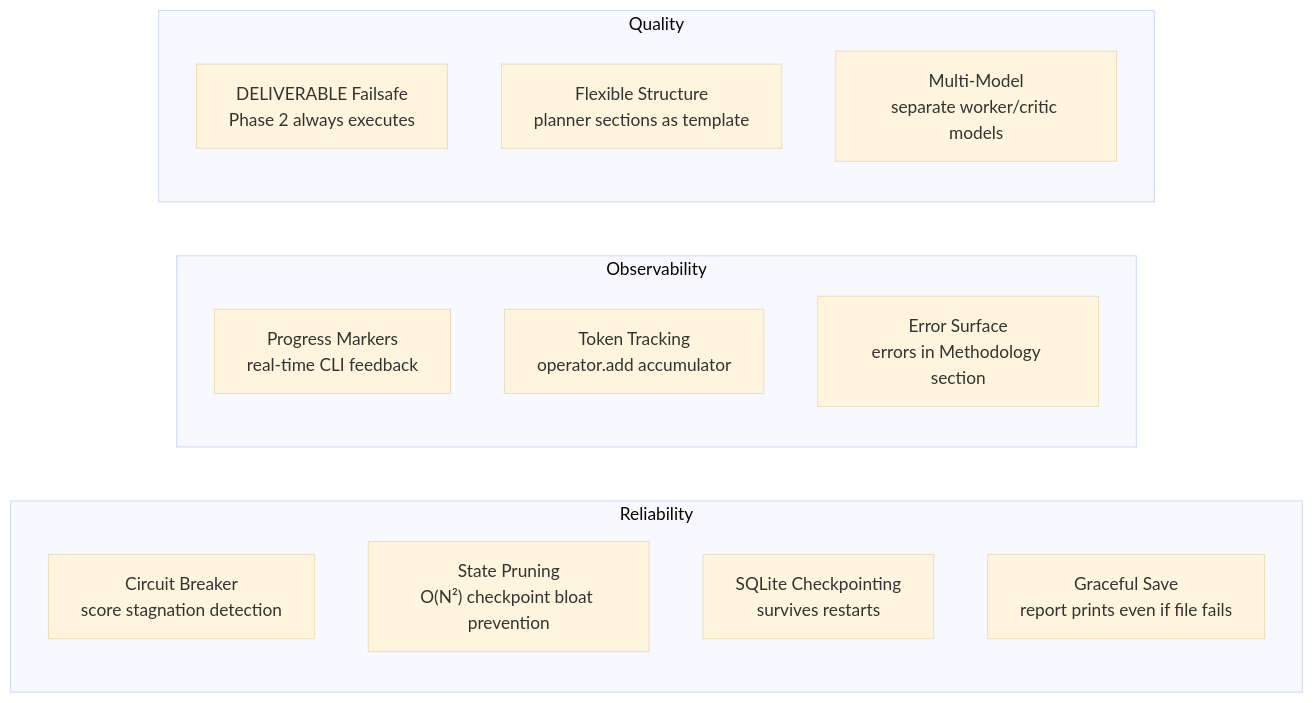
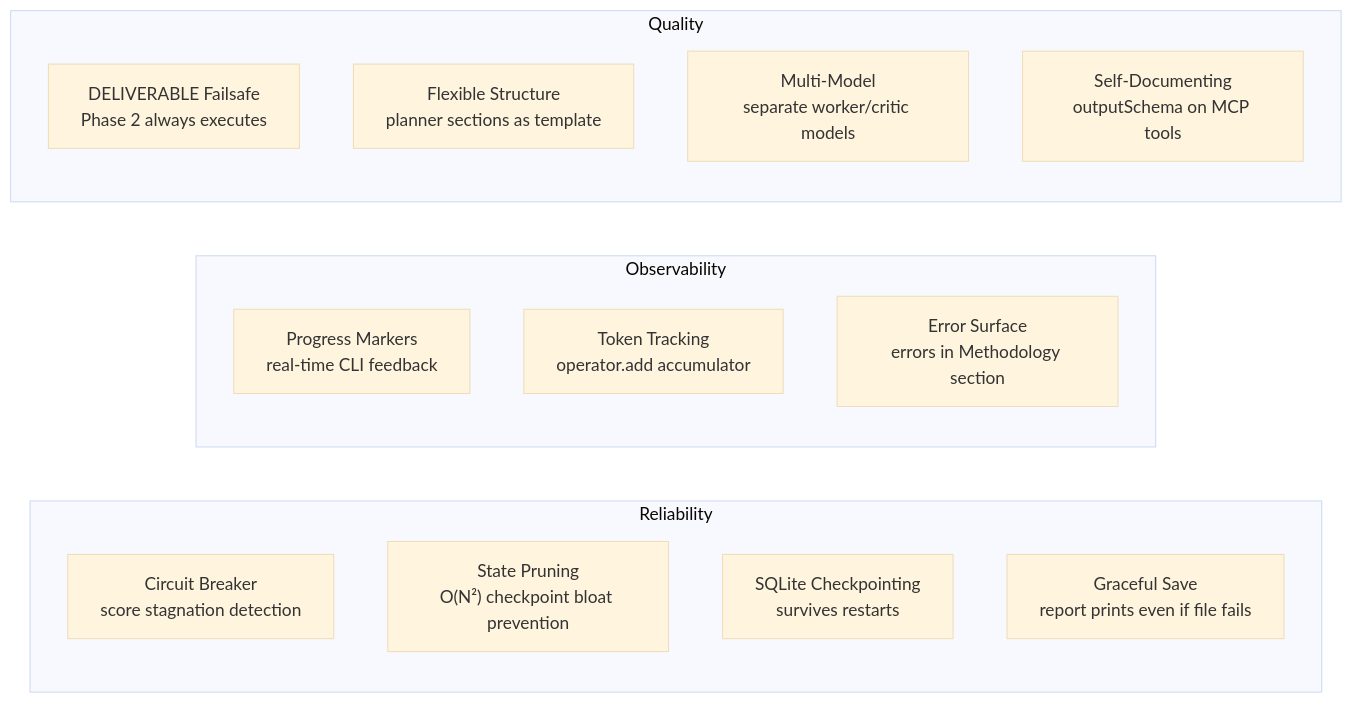
One commit to jorgevillamizarco/deep-research-langgraph changed the ninth of 9 diagrams in ARCHITECTURE.md. Above: the diagram before and after it, drawn with Mermaid (base theme). The commit also changed other lines of this file and 2 other files, not shown here.

Commit message:
docs: add outputSchema to all project docs (AGENTS, ARCHITECTURE, ROADMAP)
- AGENTS.md: new MCP Tools section with search + deep_research schemas
  and outputSchema description; added Self-documenting tools to
  Production Features table
- ARCHITECTURE.md: added Self-documenting MCP tools to Key Design
  Decisions and Quality section of Production Features diagram
- ROADMAP.md: marked self-documenting MCP tools as complete

````diff
--- a/ARCHITECTURE.md
+++ b/ARCHITECTURE.md
@@ -264,19 +265,20 @@
 ```mermaid
 flowchart LR
     subgraph Reliability["Reliability"]
         CB["Circuit Breaker<br/>score stagnation detection"]
         SP["State Pruning<br/>O(N²) checkpoint bloat prevention"]
         CP["SQLite Checkpointing<br/>survives restarts"]
         GS["Graceful Save<br/>report prints even if file fails"]
     end
     subgraph Observability["Observability"]
         PM["Progress Markers<br/>real-time CLI feedback"]
         TK["Token Tracking<br/>operator.add accumulator"]
         ES["Error Surface<br/>errors in Methodology section"]
     end
     subgraph Quality["Quality"]
         DF["DELIVERABLE Failsafe<br/>Phase 2 always executes"]
         FS["Flexible Structure<br/>planner sections as template"]
         MM["Multi-Model<br/>separate worker/critic models"]
+        SD["Self-Documenting<br/>outputSchema on MCP tools"]
     end
 ```
````
